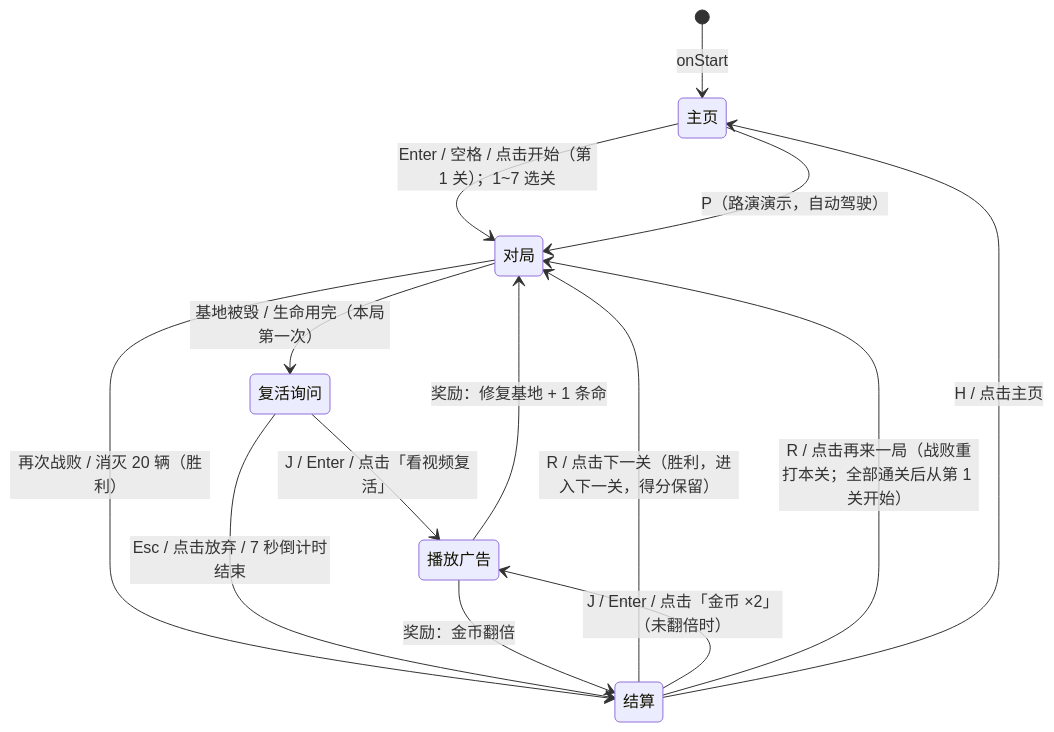
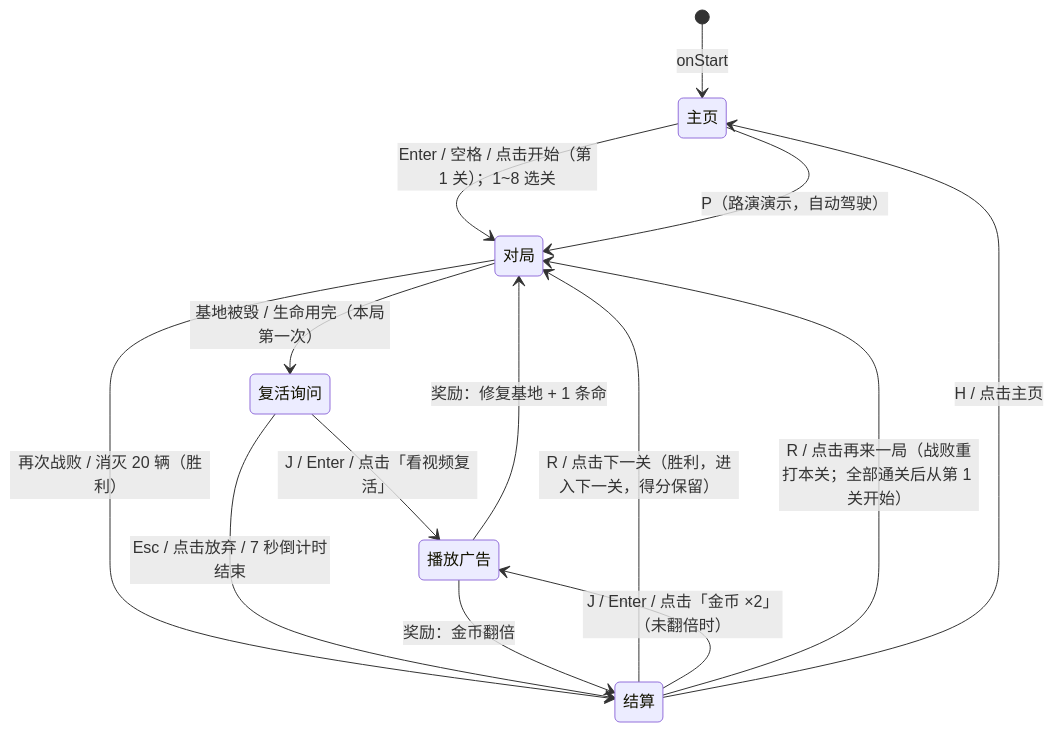
Before and after one commit to Qiniu-ERE/zero: the second of 2 diagrams in docs/ARCHITECTURE.md, drawn with Mermaid. The commit also changed other lines of this file and 21 other files, not shown here.

````diff
--- a/docs/ARCHITECTURE.md
+++ b/docs/ARCHITECTURE.md
@@ -132,16 +132,16 @@
 ```mermaid
 stateDiagram-v2
   [*] --> 主页: onStart
-  主页 --> 对局: Enter / 空格 / 点击开始（第 1 关）；1~7 选关
+  主页 --> 对局: Enter / 空格 / 点击开始（第 1 关）；1~8 选关
   主页 --> 对局: P（路演演示，自动驾驶）
   对局 --> 复活询问: 基地被毁 / 生命用完（本局第一次）
   对局 --> 结算: 再次战败 / 消灭 20 辆（胜利）
   结算 --> 对局: R / 点击下一关（胜利，进入下一关，得分保留）
   复活询问 --> 播放广告: J / Enter / 点击「看视频复活」
   复活询问 --> 结算: Esc / 点击放弃 / 7 秒倒计时结束
   播放广告 --> 对局: 奖励：修复基地 + 1 条命
   结算 --> 播放广告: J / Enter / 点击「金币 ×2」（未翻倍时）
   播放广告 --> 结算: 奖励：金币翻倍
   结算 --> 对局: R / 点击再来一局（战败重打本关；全部通关后从第 1 关开始）
   结算 --> 主页: H / 点击主页
 ```
````
